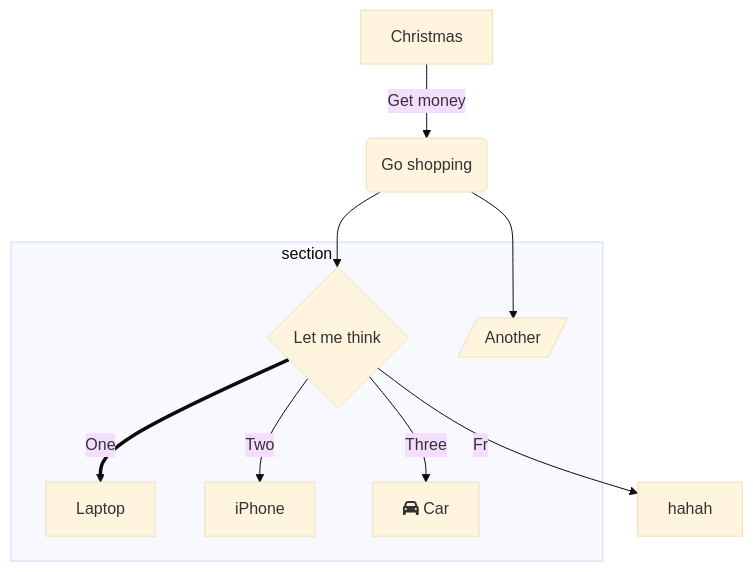
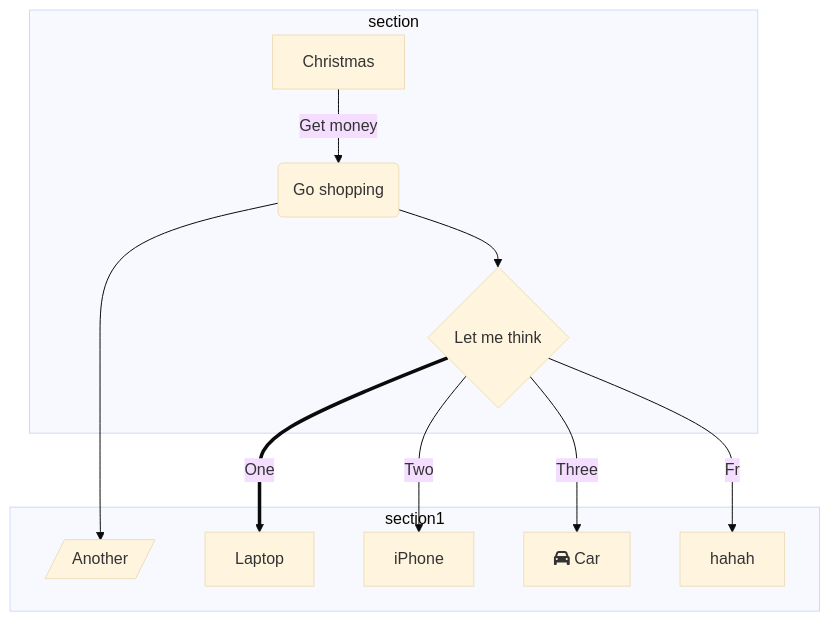
Before and after one commit to taontech/www: the ninth of 9 diagrams in taon.top/content/post/markdonw.md, drawn with Mermaid. The commit also changed 1 other file, not shown here.

````diff
--- a/taon.top/content/post/markdonw.md
+++ b/taon.top/content/post/markdonw.md
@@ -134,18 +134,23 @@
 ```mermaid
 %%{init: {'theme': 'base'}}%%
         graph TD
           A[Christmas] -->|Get money| B(Go shopping)
           B --> C{Let me think}
           B --> G[/Another/]
           C ==>|One| D[Laptop]
           C -->|Two| E[iPhone]
           C -->|Three| F[fa:fa-car Car]
           C -->|Fr| H[hahah]
+          subgraph section1
+            E
+            H
+            D
+            G
+            F
+          end
           subgraph section
+            A
+            B
             C
-            D
-            E
-            F
-            G
           end
 ```
````
